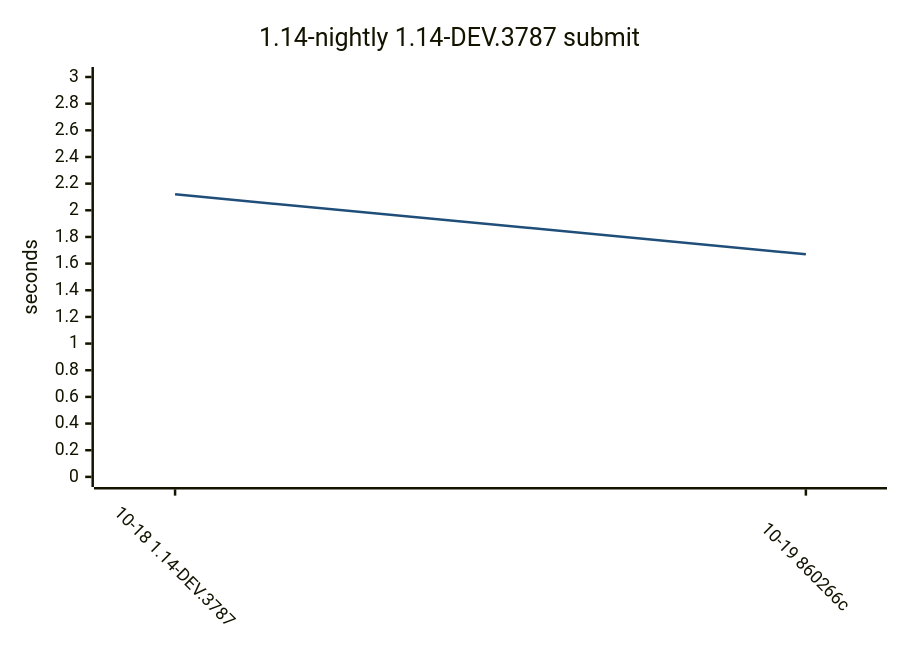
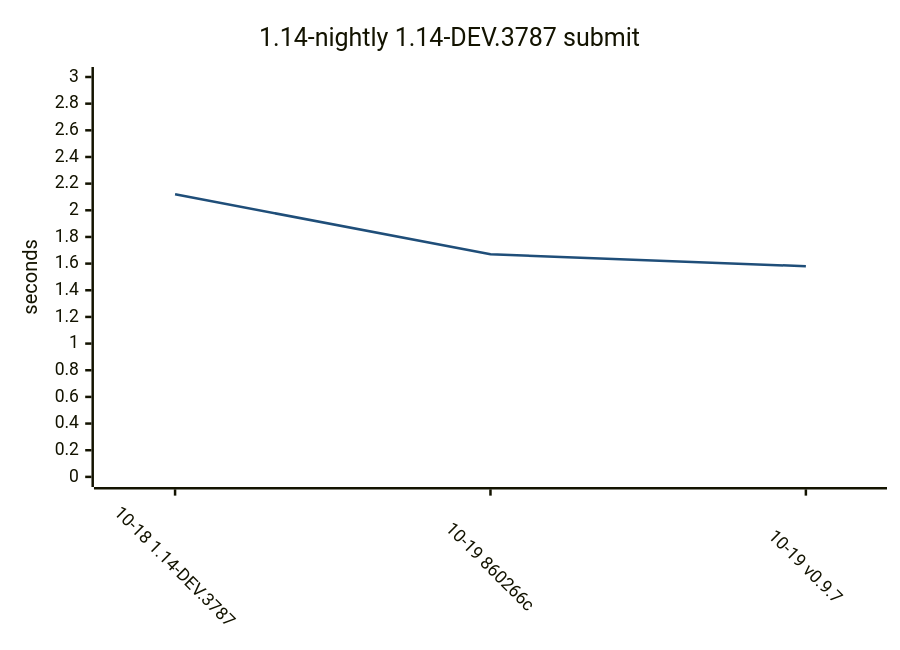
Before and after one commit to yamanori99/DistSSHQueue.jl: the eighth of 15 diagrams in README.md, drawn with Mermaid. The commit also changed other lines of this file and 1 other file, not shown here.

````diff
--- a/README.md
+++ b/README.md
@@ -273,17 +272,17 @@
 ```mermaid
 ---
 config:
   theme: base
   themeVariables:
     xyChart:
       plotColorPalette: "#1f4e79"
   xyChart:
     xAxis:
       labelRotation: 45
 ---
 xychart-beta
     title "1.14-nightly 1.14-DEV.3787 submit"
-    x-axis ["10-18 1.14-DEV.3787", "10-19 860266c"]
+    x-axis ["10-18 1.14-DEV.3787", "10-19 860266c", "10-19 v0.9.7"]
     y-axis "seconds" 0 --> 3
-    line [2.12, 1.67]
+    line [2.12, 1.67, 1.58]
 ```
````
